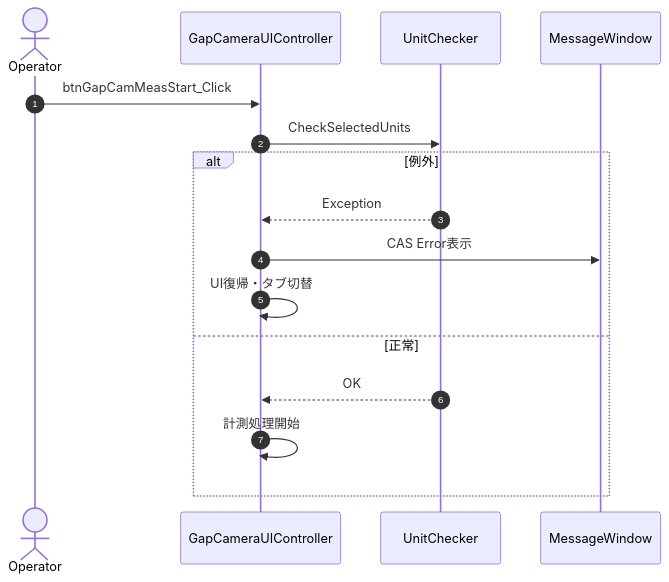
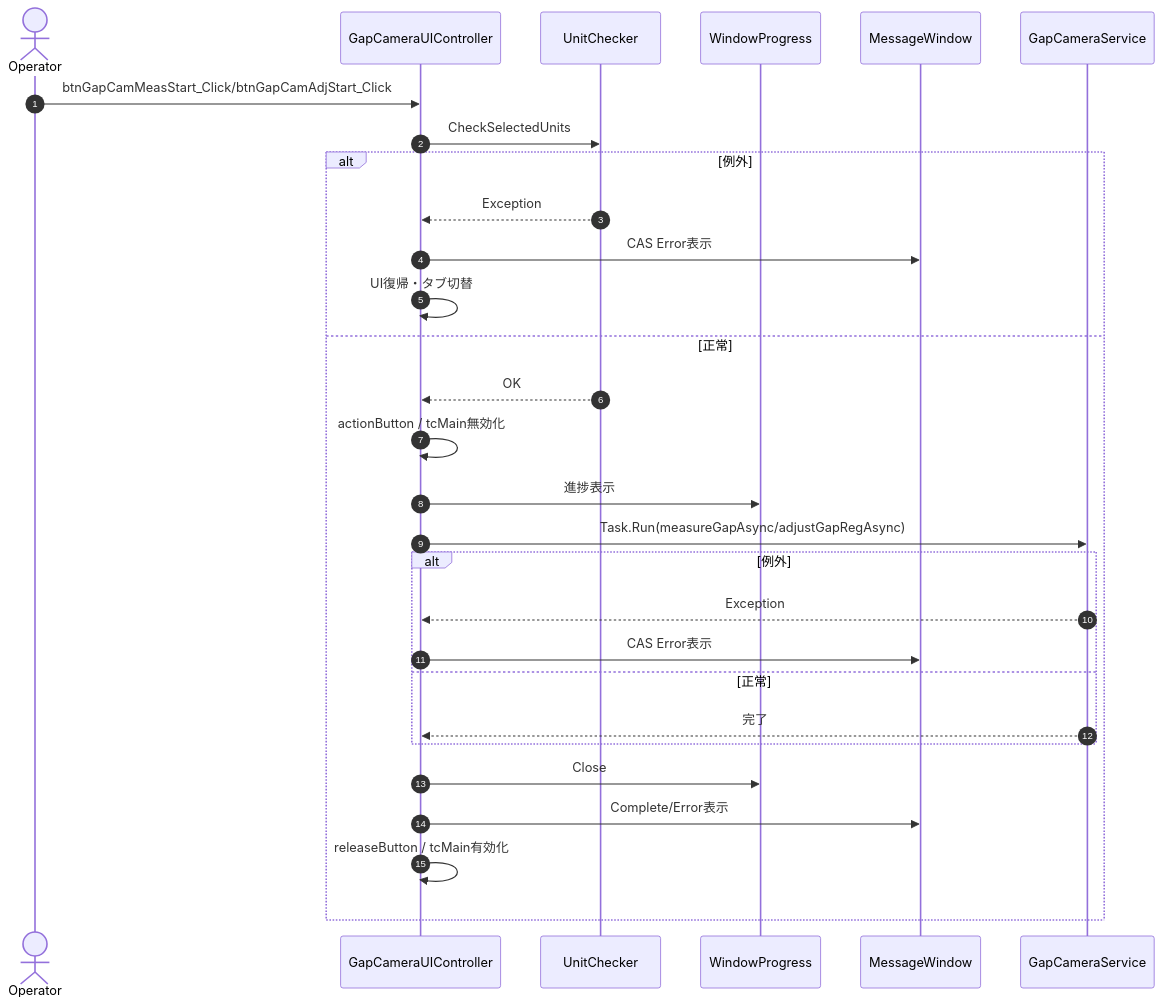
The sixth of 8 diagrams in docs/02-02.GapCamera/GapCamera_詳細設計書/08_メソッド仕様/08-1_UIイベント_制御メソッド.md (HottaTakayuki/ColorAlignmentSoftware), drawn with Mermaid before and after one commit. The commit also changed other lines of this file and 5 other files, not shown here.

First line of the commit message:
Enhance documentation for camera settings and processing methods in UfCamera and GapCamera modules

````diff
--- a/docs/02-02.GapCamera/GapCamera_詳細設計書/08_メソッド仕様/08-1_UIイベント_制御メソッド.md
+++ b/docs/02-02.GapCamera/GapCamera_詳細設計書/08_メソッド仕様/08-1_UIイベント_制御メソッド.md
@@ -316,18 +452,31 @@
 ```mermaid
 sequenceDiagram
 	autonumber
 	actor OP as Operator
 	participant UI as GapCameraUIController
 	participant CHK as UnitChecker
+	participant PRG as WindowProgress
 	participant MSG as MessageWindow
-	OP->>UI: btnGapCamMeasStart_Click
+	participant SVC as GapCameraService
+	OP->>UI: btnGapCamMeasStart_Click/btnGapCamAdjStart_Click
 	UI->>CHK: CheckSelectedUnits
 	alt 例外
 		CHK-->>UI: Exception
 		UI->>MSG: CAS Error表示
 		UI->>UI: UI復帰・タブ切替
 	else 正常
 		CHK-->>UI: OK
-		UI->>UI: 計測処理開始
+		UI->>UI: actionButton / tcMain無効化
+		UI->>PRG: 進捗表示
+		UI->>SVC: Task.Run(measureGapAsync/adjustGapRegAsync)
+		alt 例外
+			SVC-->>UI: Exception
+			UI->>MSG: CAS Error表示
+		else 正常
+			SVC-->>UI: 完了
+		end
+		UI->>PRG: Close
+		UI->>MSG: Complete/Error表示
+		UI->>UI: releaseButton / tcMain有効化
 	end
 ```
````
